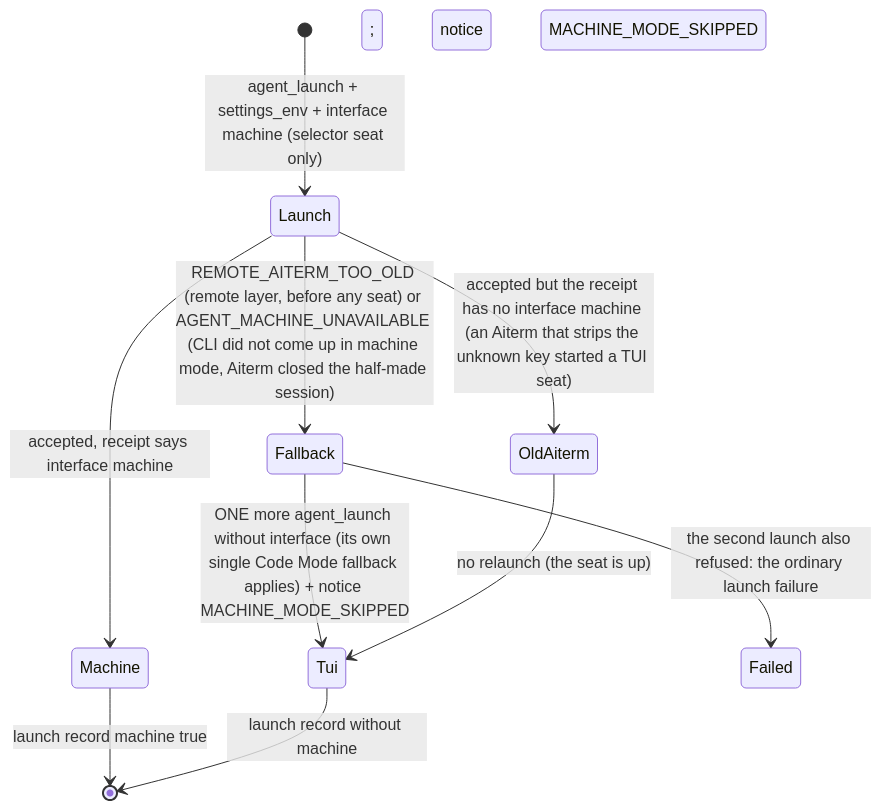
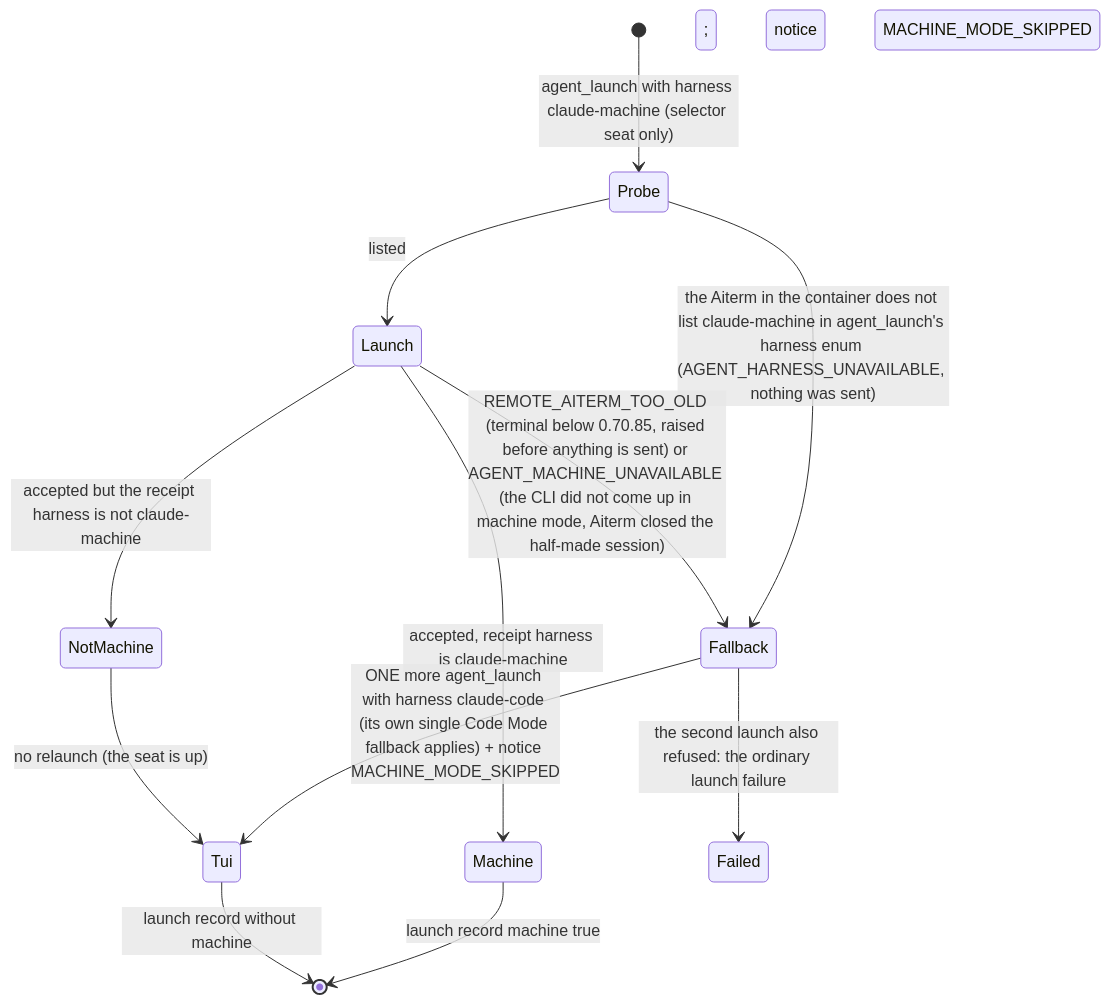
Before and after one commit to kitepon/BellTeam: the fifth of 7 diagrams in docs/architecture/modules/execution/remote-seat.md, drawn with Mermaid. The commit also changed other lines of this file and 7 other files, not shown here.

Commit message:
a471-switch-harness: the switch launches covered Claude seats with harness claude-machine; one TUI fallback on a named refusal or a missing harness

````diff
--- a/docs/architecture/modules/execution/remote-seat.md
+++ b/docs/architecture/modules/execution/remote-seat.md
@@ -171,12 +173,14 @@
 ```mermaid
 stateDiagram-v2
-  [*] --> Launch: agent_launch + settings_env + interface machine (selector seat only)
-  Launch --> Machine: accepted, receipt says interface machine
-  Launch --> Fallback: REMOTE_AITERM_TOO_OLD (remote layer, before any seat) or AGENT_MACHINE_UNAVAILABLE (CLI did not come up in machine mode, Aiterm closed the half-made session)
-  Launch --> OldAiterm: accepted but the receipt has no interface machine (an Aiterm that strips the unknown key started a TUI seat)
-  Fallback --> Tui: ONE more agent_launch without interface (its own single Code Mode fallback applies) + notice MACHINE_MODE_SKIPPED
-  OldAiterm --> Tui: no relaunch (the seat is up); notice MACHINE_MODE_SKIPPED
+  [*] --> Probe: agent_launch with harness claude-machine (selector seat only)
+  Probe --> Fallback: the Aiterm in the container does not list claude-machine in agent_launch's harness enum (AGENT_HARNESS_UNAVAILABLE, nothing was sent)
+  Probe --> Launch: listed
+  Launch --> Machine: accepted, receipt harness is claude-machine
+  Launch --> Fallback: REMOTE_AITERM_TOO_OLD (terminal below 0.70.85, raised before anything is sent) or AGENT_MACHINE_UNAVAILABLE (the CLI did not come up in machine mode, Aiterm closed the half-made session)
+  Launch --> NotMachine: accepted but the receipt harness is not claude-machine
+  Fallback --> Tui: ONE more agent_launch with harness claude-code (its own single Code Mode fallback applies) + notice MACHINE_MODE_SKIPPED
+  NotMachine --> Tui: no relaunch (the seat is up); notice MACHINE_MODE_SKIPPED
   Fallback --> Failed: the second launch also refused: the ordinary launch failure
   Machine --> [*]: launch record machine true
   Tui --> [*]: launch record without machine
 ```
````
